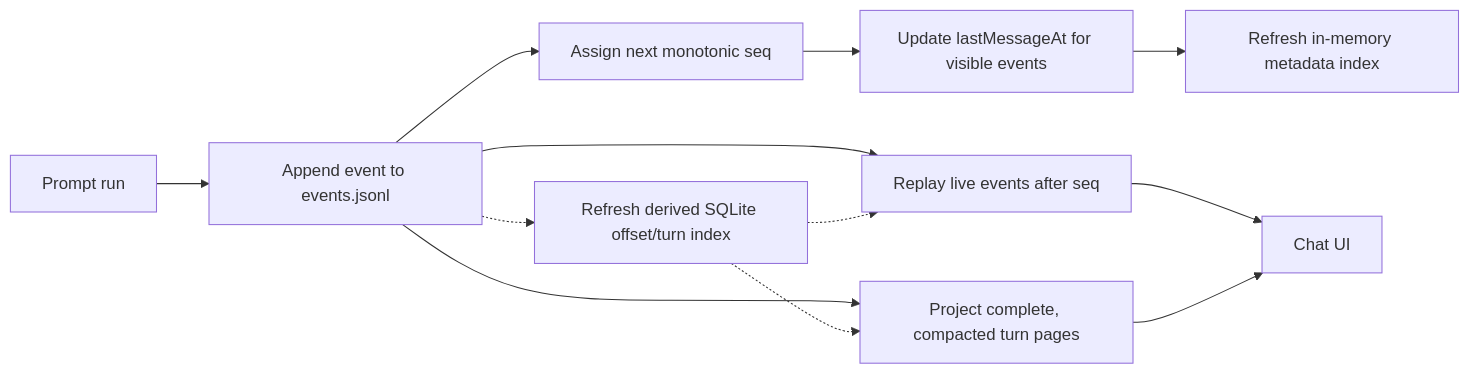
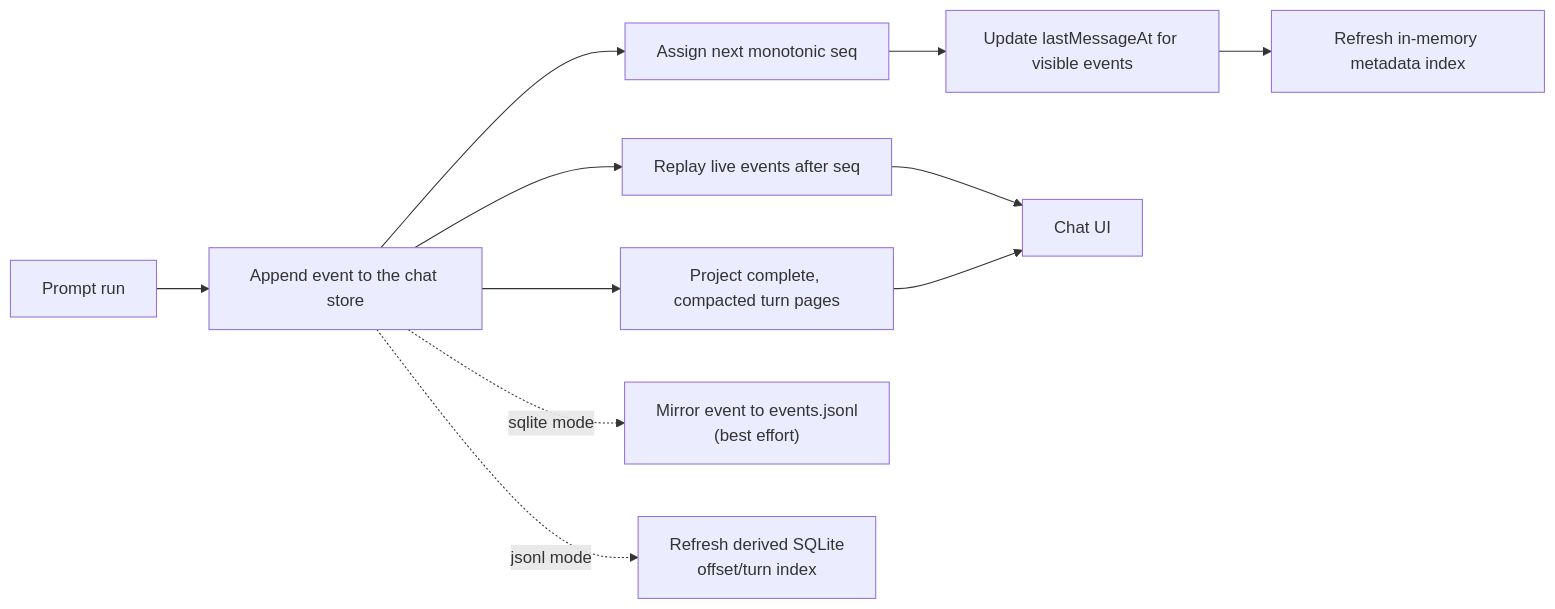
The second of 4 diagrams in docs/03-platform/07-data-and-frontend-state.md (futrx-com/remote.futrx), drawn with Mermaid before and after one commit. The commit also changed other lines of this file and 4 other files, not shown here.

First line of the commit message:
docs: document the sqlite chat event store and CHAT_STORE

````diff
--- a/docs/03-platform/07-data-and-frontend-state.md
+++ b/docs/03-platform/07-data-and-frontend-state.md
@@ -111,14 +112,13 @@
 ```mermaid
 flowchart LR
-    Run["Prompt run"] --> Append["Append event to events.jsonl"]
+    Run["Prompt run"] --> Append["Append event to the chat store"]
     Append --> Seq["Assign next monotonic seq"]
     Seq --> Meta["Update lastMessageAt for visible events"]
     Meta --> Cache["Refresh in-memory metadata index"]
-    Append -.-> Index["Refresh derived SQLite offset/turn index"]
     Append --> Replay["Replay live events after seq"]
     Append --> Transcript["Project complete, compacted turn pages"]
-    Index -.-> Replay
-    Index -.-> Transcript
+    Append -.->|"sqlite mode"| Mirror["Mirror event to events.jsonl<br/>(best effort)"]
+    Append -.->|"jsonl mode"| Index["Refresh derived SQLite<br/>offset/turn index"]
     Replay --> Client["Chat UI"]
     Transcript --> Client
 ```
````
